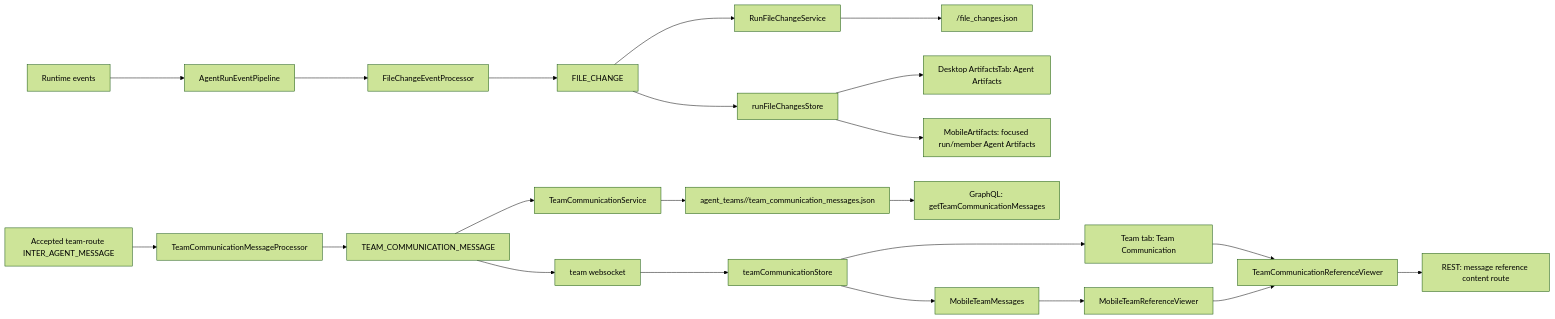
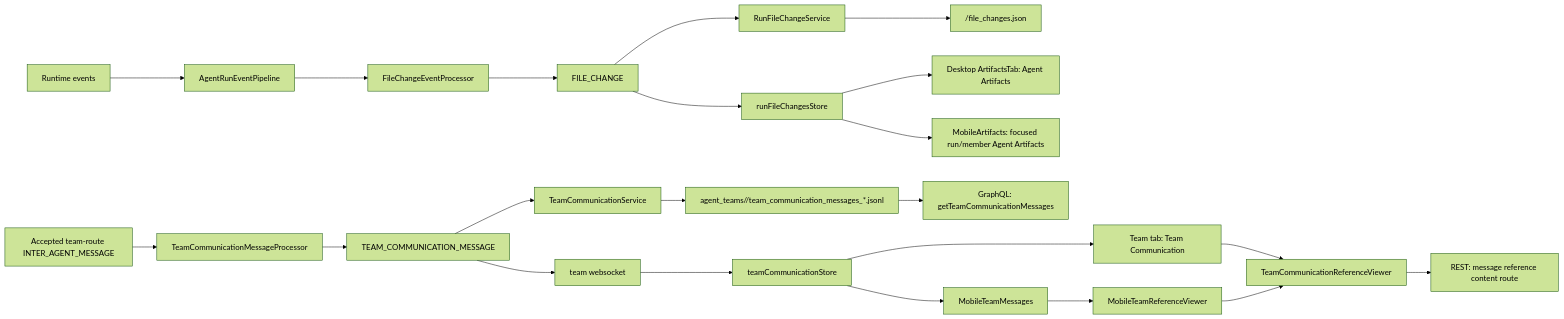
Before and after one commit to AutoByteus/autobyteus-workspace: the diagram in autobyteus-web/docs/agent_artifacts.md, drawn with Mermaid (forest theme). The commit also changed other lines of this file and 8 other files, not shown here.

````diff
--- a/autobyteus-web/docs/agent_artifacts.md
+++ b/autobyteus-web/docs/agent_artifacts.md
@@ -157,25 +157,25 @@
 ```mermaid
 flowchart LR
   A[Runtime events] --> B[AgentRunEventPipeline]
   B --> C[FileChangeEventProcessor]
   C --> D[FILE_CHANGE]
   D --> E[RunFileChangeService]
   E --> F[<run-memory-dir>/file_changes.json]
   D --> G[runFileChangesStore]
   G --> H[Desktop ArtifactsTab: Agent Artifacts]
   G --> U[MobileArtifacts: focused run/member Agent Artifacts]
 
   I[Accepted team-route INTER_AGENT_MESSAGE] --> J[TeamCommunicationMessageProcessor]
   J --> K[TEAM_COMMUNICATION_MESSAGE]
   K --> L[TeamCommunicationService]
-  L --> N[agent_teams/<teamRunId>/team_communication_messages.json]
+  L --> N[agent_teams/<teamRunId>/team_communication_messages_*.jsonl]
   K --> M[team websocket]
   M --> P[teamCommunicationStore]
   N --> O[GraphQL: getTeamCommunicationMessages]
   P --> R[Team tab: Team Communication]
   R --> S[TeamCommunicationReferenceViewer]
   S --> T[REST: message reference content route]
   P --> V[MobileTeamMessages]
   V --> W[MobileTeamReferenceViewer]
   W --> S
 ```
````
